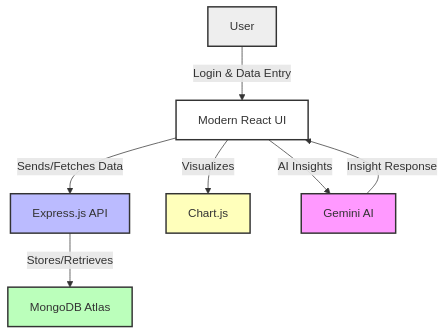
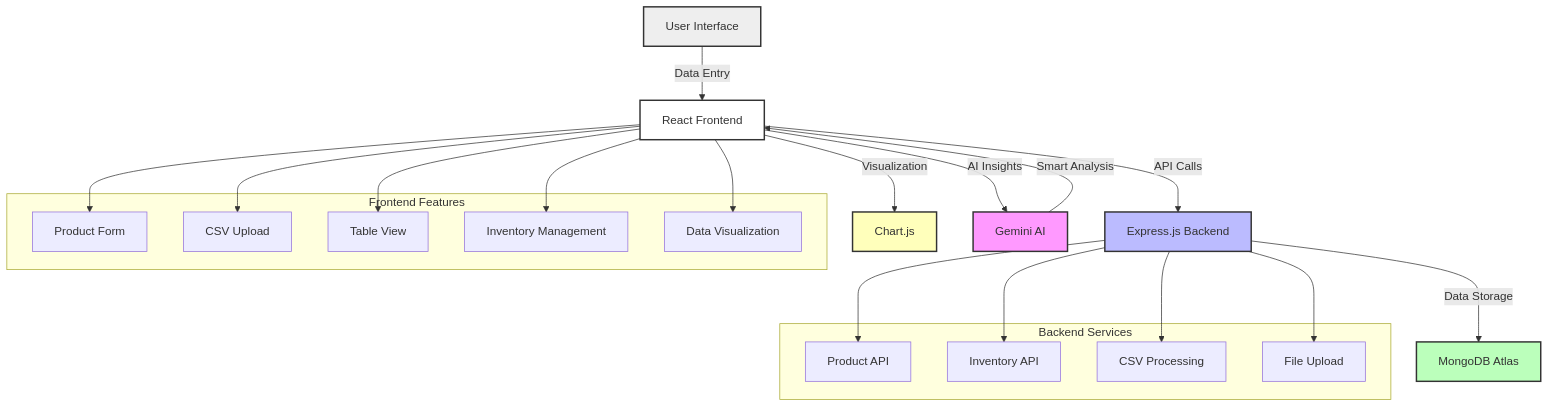
Before and after one commit to 7-sanjay/Sales-Analysis-Dashboard: the diagram in README.md, drawn with Mermaid. The commit also changed other lines of this file and 1 other file, not shown here.

````diff
--- a/README.md
+++ b/README.md
@@ -30,15 +50,42 @@
 ```mermaid
 flowchart TD
-  A[User] -->|Login & Data Entry| B[Modern React UI]
-  B -->|Sends/Fetches Data| C[Express.js API]
-  C -->|Stores/Retrieves| D[MongoDB Atlas]
-  B -->|Visualizes| E[Chart.js]
+  A[User Interface] -->|Data Entry| B[React Frontend]
+  B -->|API Calls| C[Express.js Backend]
+  C -->|Data Storage| D[MongoDB Atlas]
+  B -->|Visualization| E[Chart.js]
   B -->|AI Insights| F[Gemini AI]
-  F -->|Insight Response| B
+  F -->|Smart Analysis| B
+  
+  subgraph "Frontend Features"
+    B1[Product Form]
+    B2[CSV Upload]
+    B3[Table View]
+    B4[Inventory Management]
+    B5[Data Visualization]
+  end
+  
+  subgraph "Backend Services"
+    C1[Product API]
+    C2[Inventory API]
+    C3[CSV Processing]
+    C4[File Upload]
+  end
+  
+  B --> B1
+  B --> B2
+  B --> B3
+  B --> B4
+  B --> B5
+  
+  C --> C1
+  C --> C2
+  C --> C3
+  C --> C4
+  
   style F fill:#f9f,stroke:#333,stroke-width:2px
   style E fill:#ffb,stroke:#333,stroke-width:2px
   style D fill:#bfb,stroke:#333,stroke-width:2px
   style C fill:#bbf,stroke:#333,stroke-width:2px
   style B fill:#fff,stroke:#333,stroke-width:2px
   style A fill:#eee,stroke:#333,stroke-width:2px
 ```
````
